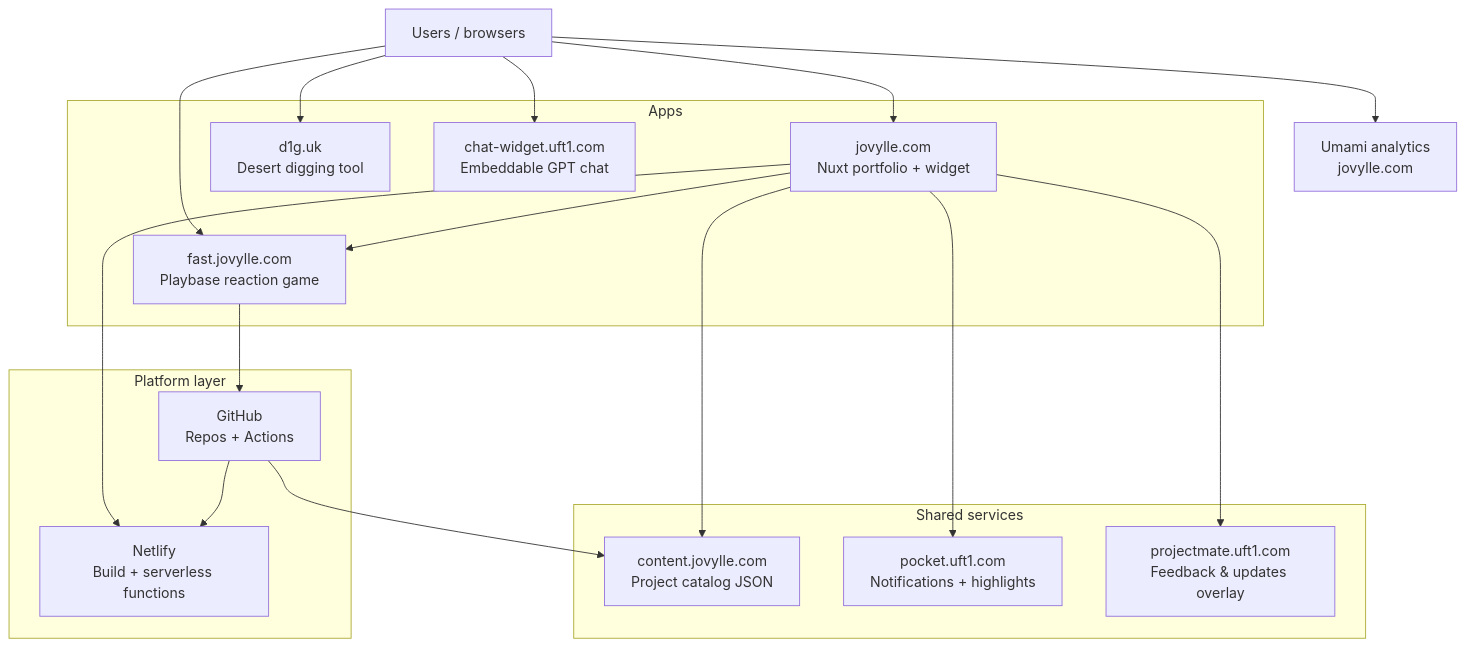
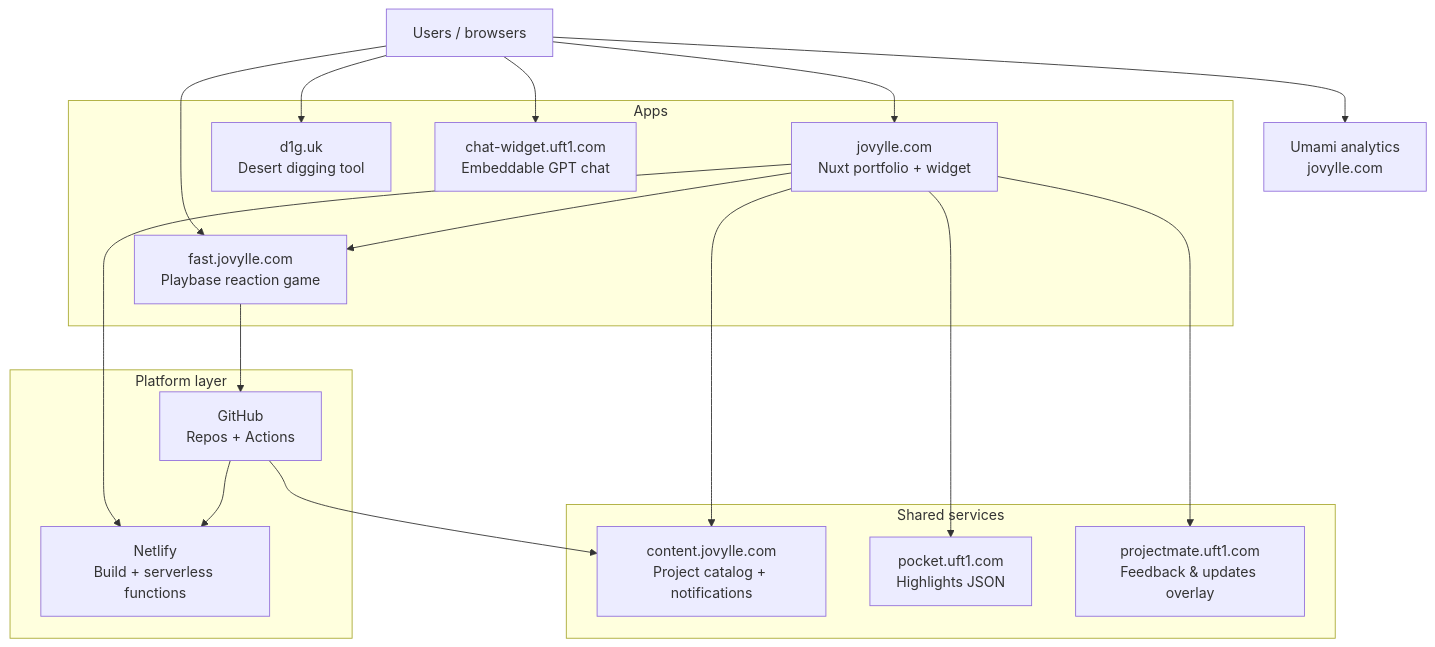
One commit to jovylle/jovylle.com changed the diagram in content/ecosystem.md. Above: the diagram before and after it, drawn with Mermaid. The commit also changed other lines of this file, not shown here.

First line of the commit message:
fix ecosystem doc: correct notification vs highlights sources, tighten prose

````diff
--- a/content/ecosystem.md
+++ b/content/ecosystem.md
@@ -12,38 +12,38 @@
 ```mermaid
 flowchart TB
   Users["Users / browsers"]
 
   subgraph apps["Apps"]
     Portfolio["jovylle.com<br/>Nuxt portfolio + widget"]
     Playbase["fast.jovylle.com<br/>Playbase reaction game"]
     D1G["d1g.uk<br/>Desert digging tool"]
     ChatW["chat-widget.uft1.com<br/>Embeddable GPT chat"]
   end
 
   subgraph shared["Shared services"]
-    CDN["content.jovylle.com<br/>Project catalog JSON"]
-    Pocket["pocket.uft1.com<br/>Notifications + highlights"]
+    CDN["content.jovylle.com<br/>Project catalog + notifications"]
+    Pocket["pocket.uft1.com<br/>Highlights JSON"]
     PMate["projectmate.uft1.com<br/>Feedback & updates overlay"]
   end
 
   subgraph platform["Platform layer"]
     Netlify["Netlify<br/>Build + serverless functions"]
     GH["GitHub<br/>Repos + Actions"]
   end
 
   Obs["Umami analytics<br/>jovylle.com"]
 
   Users --> Portfolio
   Users --> Playbase
   Users --> D1G
   Users --> ChatW
   Portfolio --> Netlify
   Portfolio --> Playbase
   Portfolio --> Pocket
   Portfolio --> PMate
   Portfolio --> CDN
   Playbase --> GH
   GH --> CDN
   GH --> Netlify
   Users --> Obs
 ```
````
